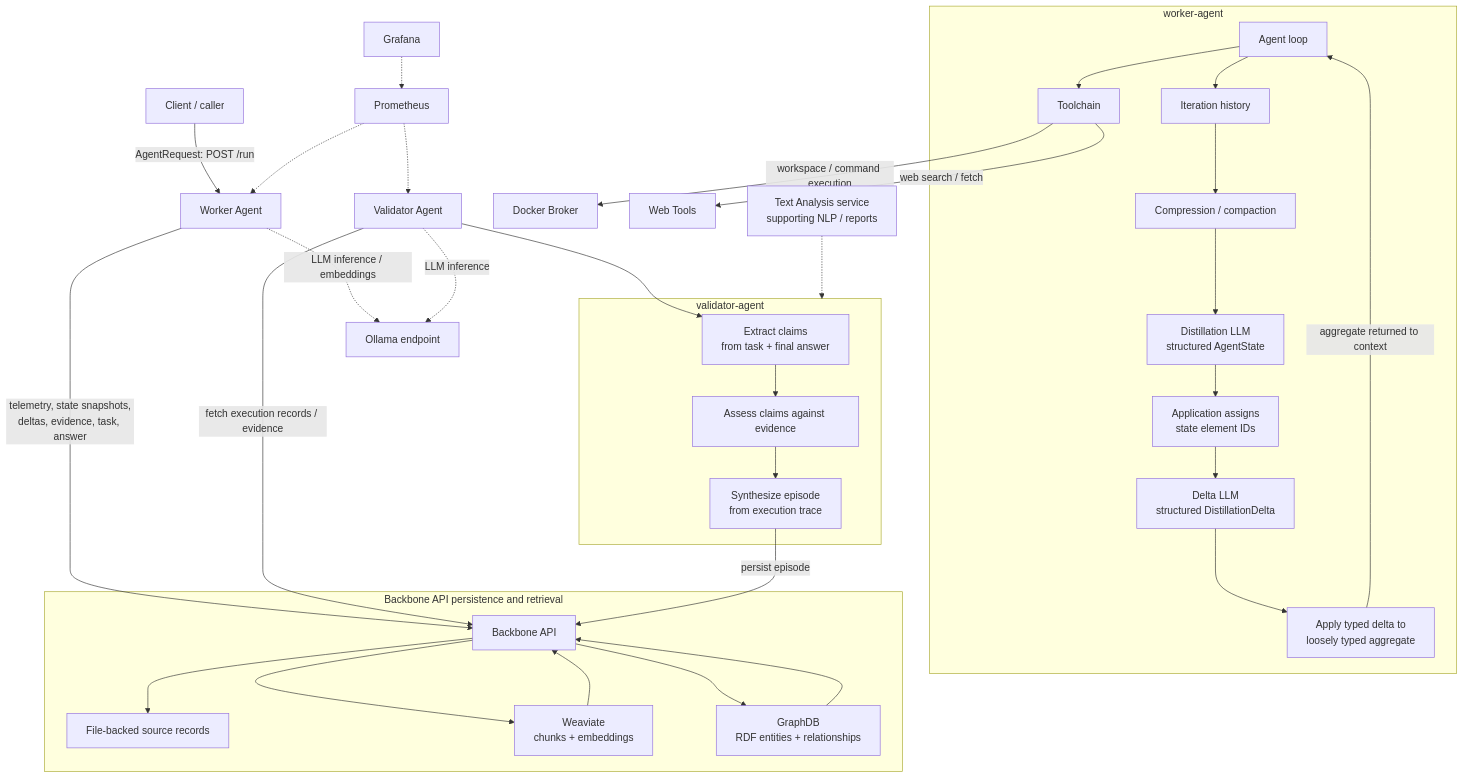
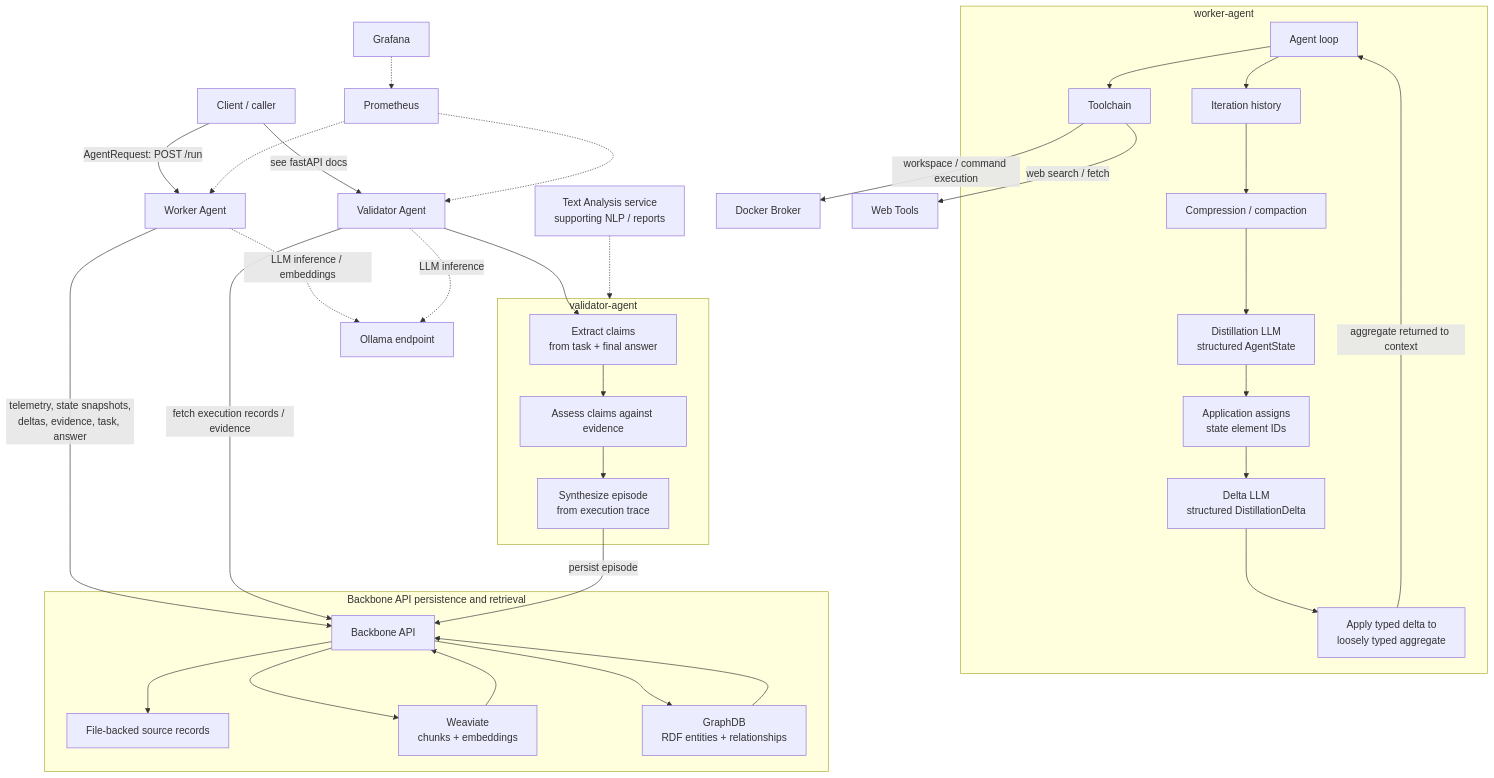
Before and after one commit to forjonathanwilsonyahoocom/inference-backbone: the diagram in AGENTS.md, drawn with Mermaid.

Commit message:
more mermaid

````diff
--- a/AGENTS.md
+++ b/AGENTS.md
@@ -23,59 +23,60 @@
 ```mermaid
 flowchart TB
     Client["Client / caller"] -->|AgentRequest: POST /run| Worker["Worker Agent"]
+    Client["Client / caller"] -->| see fastAPI docs | Validator["Validator Agent"]
 
     subgraph WorkerService["worker-agent"]
         Loop["Agent loop"]
         Tools["Toolchain"]
         History["Iteration history"]
         Compact["Compression / compaction"]
         Distill["Distillation LLM\nstructured AgentState"]
         Stamp["Application assigns\nstate element IDs"]
         DeltaLLM["Delta LLM\nstructured DistillationDelta"]
         Fold["Apply typed delta to\nloosely typed aggregate"]
         Loop --> Tools
         Loop --> History
         History --> Compact
         Compact --> Distill
         Distill --> Stamp
         Stamp --> DeltaLLM
         DeltaLLM --> Fold
         Fold -->|aggregate returned to context| Loop
     end
 
     Tools -->|workspace / command execution| Broker["Docker Broker"]
     Tools -->|web search / fetch| Web["Web Tools"]
     Worker -->|telemetry, state snapshots,\ndeltas, evidence, task, answer| API["Backbone API"]
 
     subgraph Validation["validator-agent"]
         Extract["Extract claims\nfrom task + final answer"]
         Validate["Assess claims against evidence"]
         Episode["Synthesize episode\nfrom execution trace"]
         Extract --> Validate
         Validate --> Episode
     end
 
     Validator["Validator Agent"] -->|fetch execution records / evidence| API
     Validator --> Extract
     Episode -->|persist episode| API
 
     subgraph Storage["Backbone API persistence and retrieval"]
         Files["File-backed source records"]
         Vector["Weaviate\nchunks + embeddings"]
         Graph["GraphDB\nRDF entities + relationships"]
         API --> Files
         API --> Vector
         API --> Graph
         Vector --> API
         Graph --> API
     end
 
     Worker -.->|LLM inference / embeddings| Ollama["Ollama endpoint"]
     Validator -.->|LLM inference| Ollama
 
     Metrics["Prometheus"] -.-> Worker
     Metrics -.-> Validator
     Grafana["Grafana"] -.-> Metrics
 
     Text["Text Analysis service\nsupporting NLP / reports"] -.-> Validation
 ```
````
